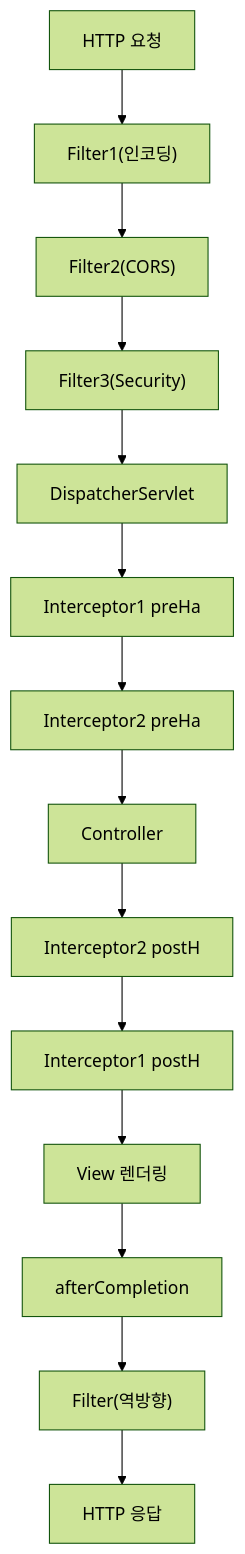
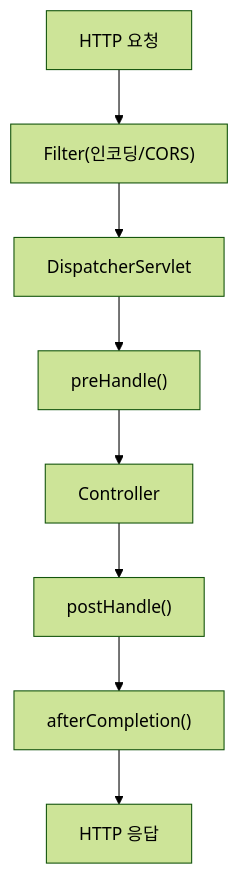
The seventh of 14 diagrams in _posts/spring/2026-05-02-spring-mvc-deep.md (yjkim2015/yjkim2015.github.io), drawn with Mermaid (forest theme) before and after one commit. The commit also changed other lines of this file and 155 other files, not shown here.

First line of the commit message:
Mermaid 전면 수정: subgraph 제거, participant/노드/줄수 축소 (342블록)

````diff
--- a/_posts/spring/2026-05-02-spring-mvc-deep.md
+++ b/_posts/spring/2026-05-02-spring-mvc-deep.md
@@ -425,8 +413,10 @@
 ```mermaid
 graph TD
-    A["HTTP 요청"] --> B["Filter1(인코딩)"] --> C["Filter2(CORS)"] --> D["Filter3(Security)"]
-    D --> E["DispatcherServlet"]
-    E --> F["Interceptor1 preHa"] --> G["Interceptor2 preHa"] --> H["Controller"]
-    H --> I["Interceptor2 postH"] --> J["Interceptor1 postH"] --> K["View 렌더링"]
-    K --> L["afterCompletion"] --> M["Filter(역방향)"] --> N["HTTP 응답"]
+    A["HTTP 요청"] --> B["Filter(인코딩/CORS)"]
+    B --> C["DispatcherServlet"]
+    C --> D["preHandle()"]
+    D --> E["Controller"]
+    E --> F["postHandle()"]
+    F --> G["afterCompletion()"]
+    G --> H["HTTP 응답"]
 ```
````
